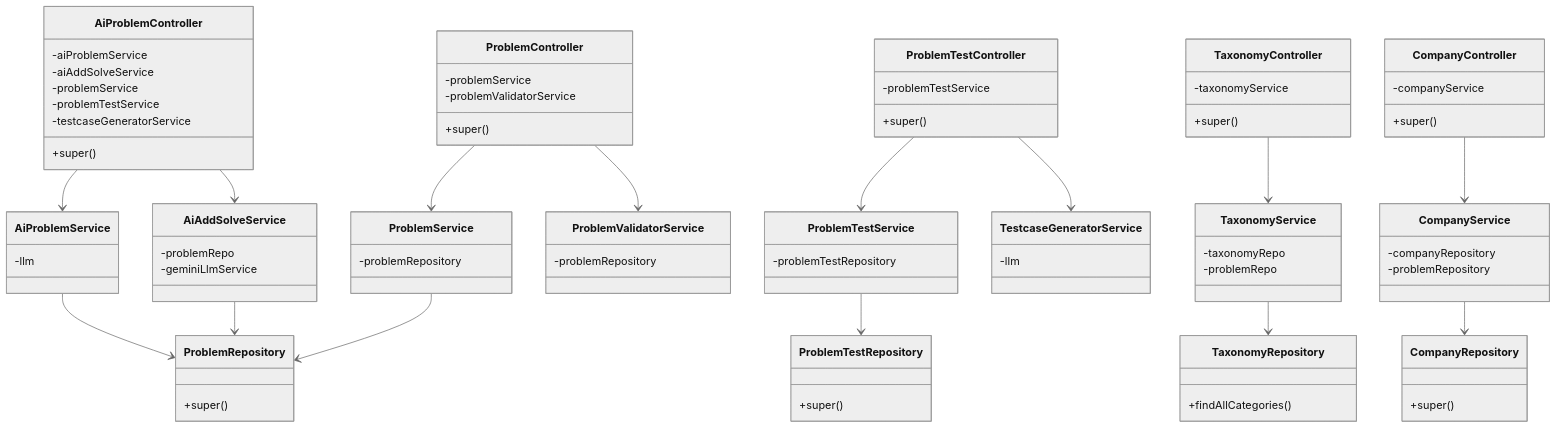
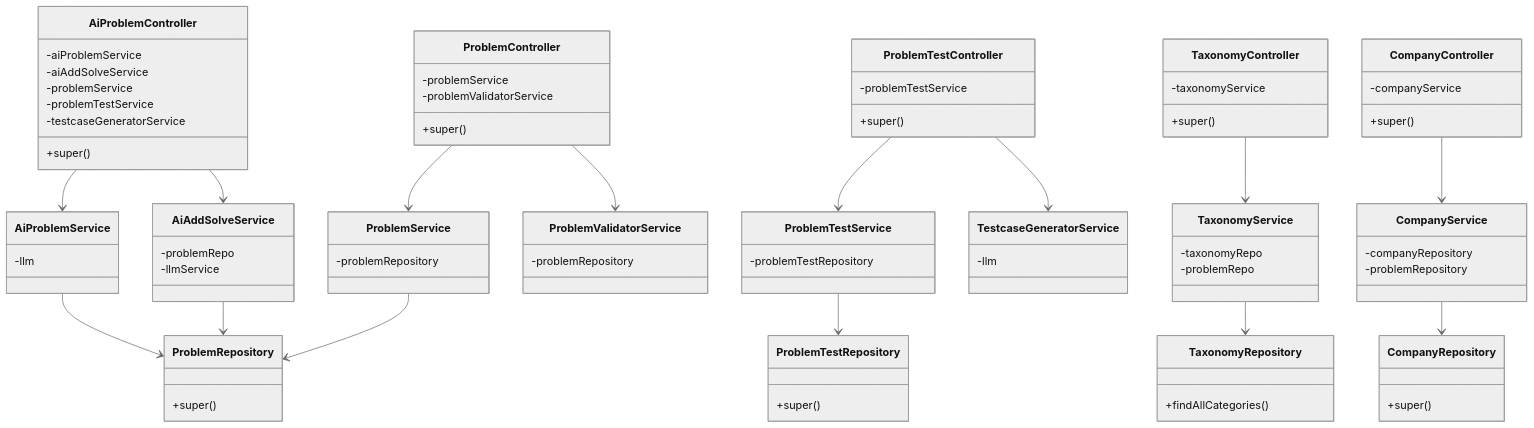
Before and after one commit to phero20/coding_arena: the first of 7 diagrams in class_diagram.md, drawn with Mermaid (neutral theme). The commit also changed other lines of this file and 45 other files, not shown here.

```diff
--- a/class_diagram.md
+++ b/class_diagram.md
@@ -29,7 +29,7 @@
     }
     class AiAddSolveService {
         -problemRepo
-        -geminiLlmService
+        -llmService
     }
     class AiProblemService {
         -llm
```
